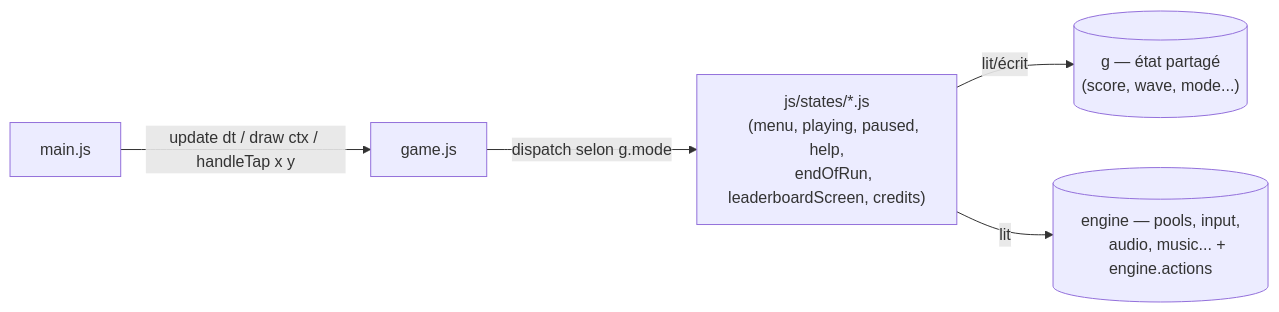
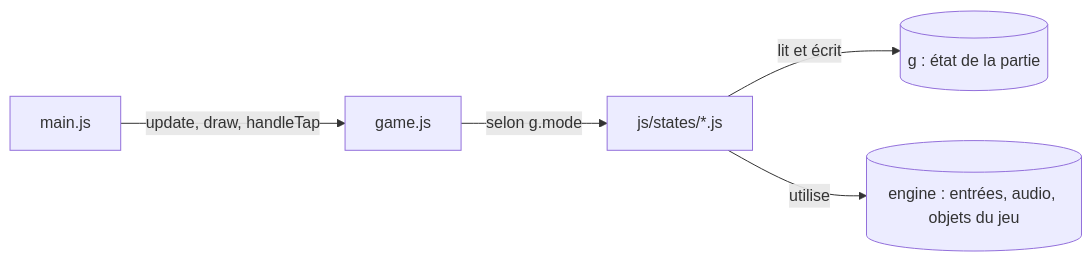
Before and after one commit to pazpop/arcadepipe: the diagram in frontend/README.md, drawn with Mermaid. The commit also changed other lines of this file and 13 other files, not shown here.

````diff
--- a/frontend/README.md
+++ b/frontend/README.md
@@ -11,11 +27,7 @@
 ```mermaid
 flowchart LR
-    main[main.js] -->|update dt / draw ctx / handleTap x y| game[game.js]
-    game -->|dispatch selon g.mode| states["js/states/*.js
-    (menu, playing, paused, help,
-    endOfRun, leaderboardScreen, credits)"]
-    states -->|lit/écrit| g[("g — état partagé
-    (score, wave, mode...)")]
-    states -->|lit| engine[("engine — pools, input,
-    audio, music... + engine.actions")]
+    main[main.js] -->|update, draw, handleTap| game[game.js]
+    game -->|selon g.mode| states["js/states/*.js"]
+    states -->|lit et écrit| g[("g : état de la partie")]
+    states -->|utilise| engine[("engine : entrées, audio, objets du jeu")]
 ```
````
